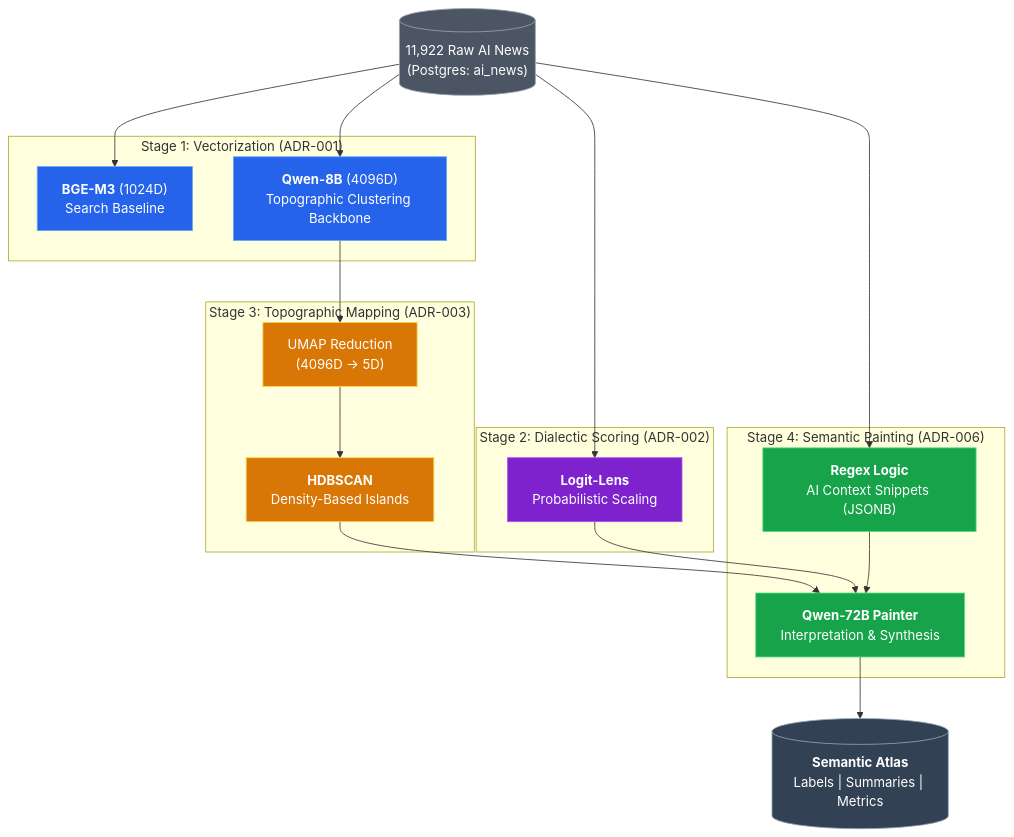
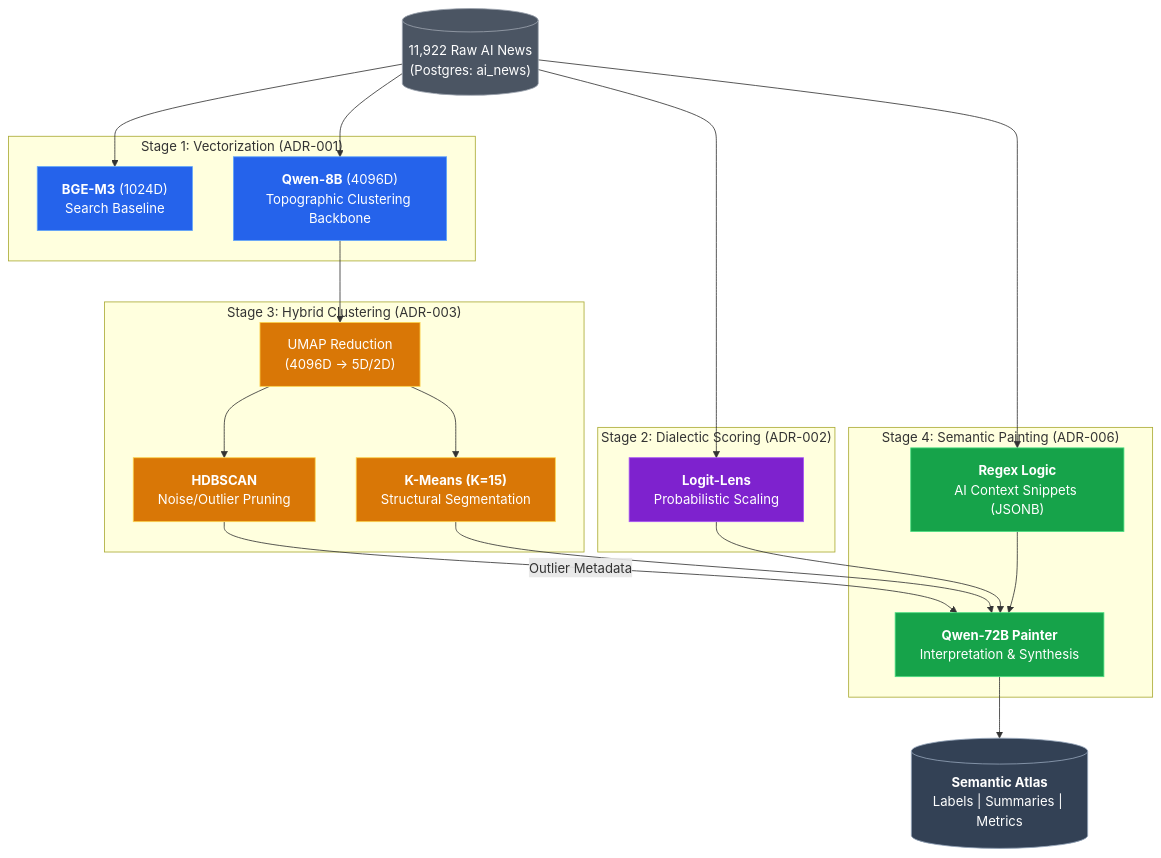
The third of 4 diagrams in dev/ADR/adr-010-end-to-end-semantic-atlas-pipeline.md (HugoAlmeidaMoreira/ainews-clustering), drawn with Mermaid before and after one commit. The commit also changed other lines of this file and 124 other files, not shown here.

Commit message:
feat: Implement a new `hugo-sergio_report.tex` with updated sections and numerous clustering and topographic visualization images, replacing previous report files, and update the topographic clustering strategy ADR.

````diff
--- a/dev/ADR/adr-010-end-to-end-semantic-atlas-pipeline.md
+++ b/dev/ADR/adr-010-end-to-end-semantic-atlas-pipeline.md
@@ -155,56 +156,59 @@
 ```mermaid
 graph TD
     %% ---------------------------------------------------------
     %% COLOR PALETTE
     %% ---------------------------------------------------------
     classDef raw fill:#4b5563,stroke:#9ca3af,color:#fff
     classDef stage1 fill:#2563eb,stroke:#60a5fa,color:#fff
     classDef stage2 fill:#7e22ce,stroke:#a855f7,color:#fff
     classDef stage3 fill:#d97706,stroke:#fcd34d,color:#fff
     classDef stage4 fill:#16a34a,stroke:#4ade80,color:#fff
     classDef storage fill:#334155,stroke:#94a3b8,color:#fff
 
     %% ---------------------------------------------------------
     %% DATA FLOW
     %% ---------------------------------------------------------
     
     RAW[("11,922 Raw AI News<br/>(Postgres: ai_news)")]:::raw
 
     subgraph "Stage 1: Vectorization (ADR-001)"
         BGE["<b>BGE-M3</b> (1024D)<br/>Search Baseline"]:::stage1
         QWEN_EMB["<b>Qwen-8B</b> (4096D)<br/>Topographic Clustering Backbone"]:::stage1
     end
 
     subgraph "Stage 2: Dialectic Scoring (ADR-002)"
         LOGITS["<b>Logit-Lens</b><br/>Probabilistic Scaling"]:::stage2
     end
 
-    subgraph "Stage 3: Topographic Mapping (ADR-003)"
-        UMAP["UMAP Reduction<br/>(4096D -> 5D)"]:::stage3
-        HDBSCAN["<b>HDBSCAN</b><br/>Density-Based Islands"]:::stage3
+    subgraph "Stage 3: Hybrid Clustering (ADR-003)"
+        UMAP["UMAP Reduction<br/>(4096D -> 5D/2D)"]:::stage3
+        HDBSCAN["<b>HDBSCAN</b><br/>Noise/Outlier Pruning"]:::stage3
+        KMEANS["<b>K-Means (K=15)</b><br/>Structural Segmentation"]:::stage3
     end
 
     subgraph "Stage 4: Semantic Painting (ADR-006)"
         CONTEXT["<b>Regex Logic</b><br/>AI Context Snippets (JSONB)"]:::stage4
         PAINTER["<b>Qwen-72B Painter</b><br/>Interpretation & Synthesis"]:::stage4
     end
 
     ATLAS[("<b>Semantic Atlas</b><br/>Labels | Summaries | Metrics")]:::storage
 
     %% ---------------------------------------------------------
     %% CONNECTIONS
     %% ---------------------------------------------------------
     RAW --> BGE
     RAW --> QWEN_EMB
     RAW --> LOGITS
     RAW --> CONTEXT
 
     QWEN_EMB --> UMAP
     UMAP --> HDBSCAN
+    UMAP --> KMEANS
 
-    HDBSCAN --> PAINTER
+    KMEANS --> PAINTER
+    HDBSCAN -- "Outlier Metadata" --> PAINTER
     LOGITS --> PAINTER
     CONTEXT --> PAINTER
     
     PAINTER --> ATLAS
 ```
````
